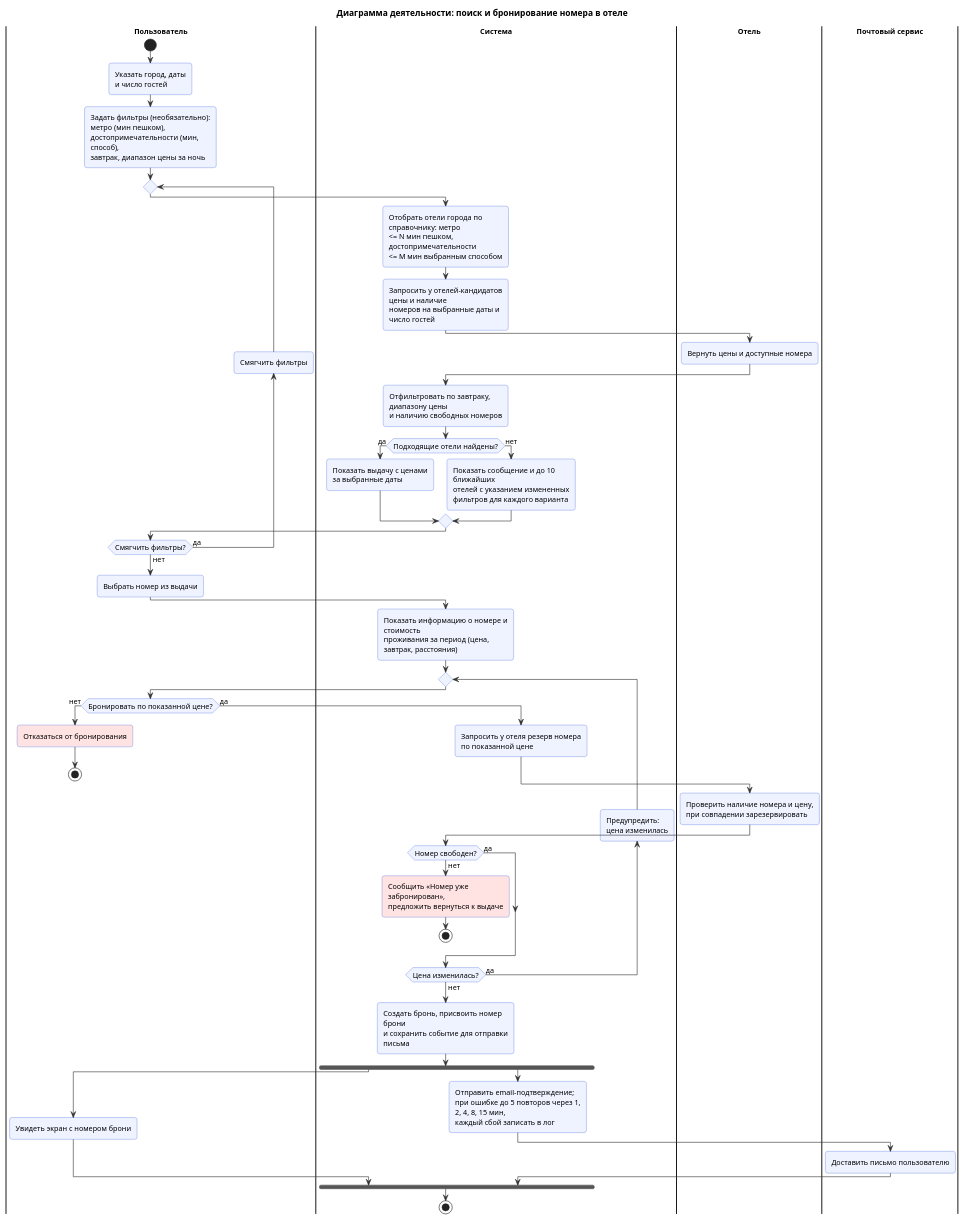
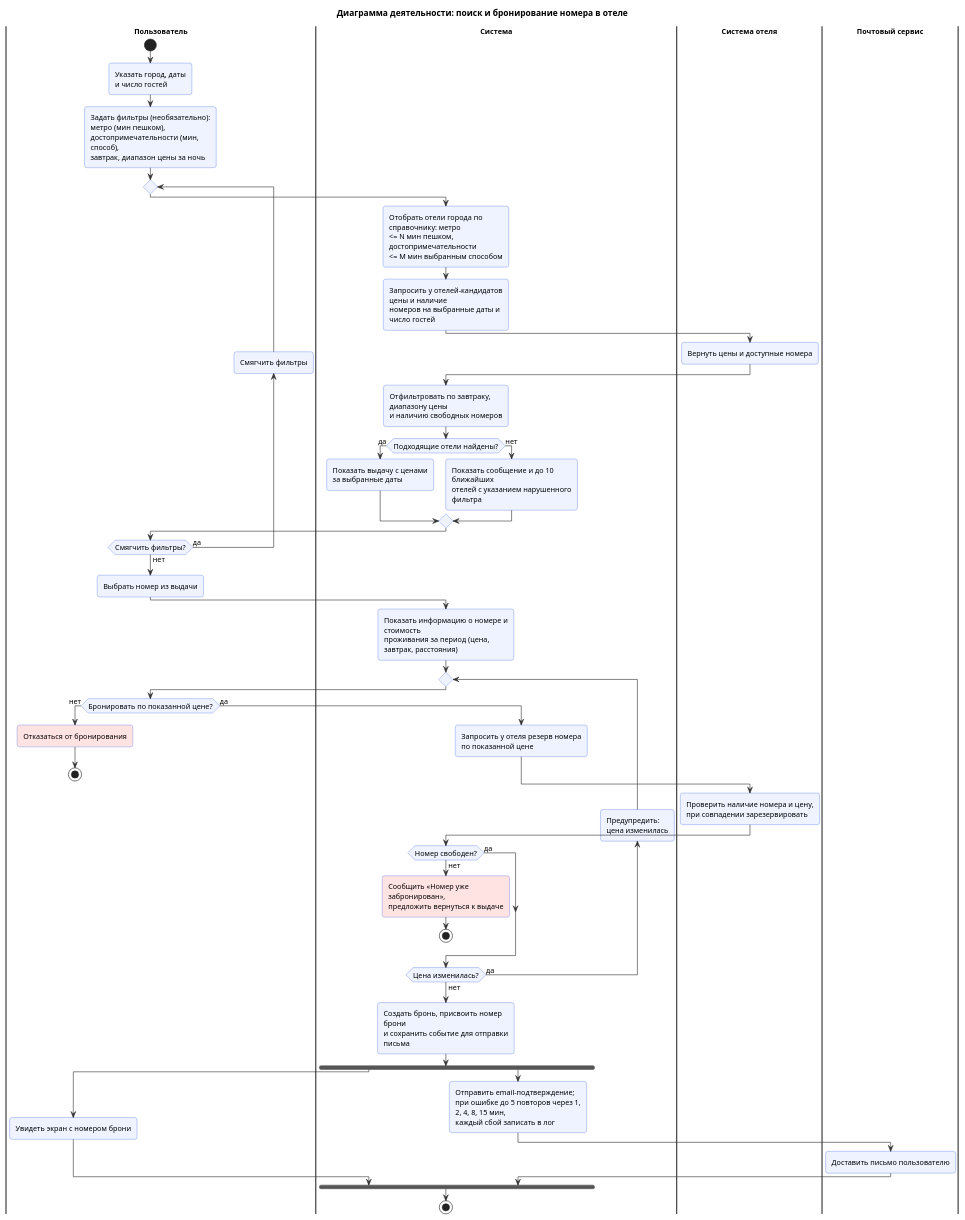
Before and after one commit to Remsely/cu-system-analysis: the diagram in hw2/1_2_activity.puml, drawn with PlantUML. The commit also changed 1 other file, not shown here.

Commit message:
fix: align use case and activity diagrams with each other
- Activity lane "Отель" renamed to "Система отеля" to match the actor.
- Dropped include from room-info view to price check: the card uses
  prices from the search results (freshness <= 5 min per hw1).
- "Смягчить фильтры" no longer limited to empty results, matching the
  activity flow; the note keeps the nearest-hotels behaviour.
- Nearest hotels are shown "с указанием нарушенного фильтра" in both
  diagrams, as in hw1 acceptance criteria.

Claude-Session: https://claude.ai/code/session_01GqxdLWzwTh89iq96gpoYoC

```diff
--- a/hw2/1_2_activity.puml
+++ b/hw2/1_2_activity.puml
@@ -1,77 +1,77 @@
 @startuml
 
 skinparam shadowing false
 skinparam defaultFontSize 12
 skinparam backgroundColor white
 skinparam roundCorner 8
 skinparam ArrowColor #333333
 skinparam wrapWidth 220
 skinparam activity {
   BackgroundColor #EEF3FF
   BorderColor #3B5BDB
 }
 skinparam swimlaneTitleFontStyle bold
 
 title Диаграмма деятельности: поиск и бронирование номера в отеле
 
 |Пользователь|
 start
 :Указать город, даты\nи число гостей;
 
 :Задать фильтры (необязательно): метро (мин пешком),\nдостопримечательности (мин, способ),\nзавтрак, диапазон цены за ночь;
 repeat
   |Система|
   :Отобрать отели города по справочнику: метро\n<= N мин пешком, достопримечательности\n<= M мин выбранным способом;
   :Запросить у отелей-кандидатов цены и наличие\nномеров на выбранные даты и число гостей;
-  |Отель|
+  |Система отеля|
   :Вернуть цены и доступные номера;
   |Система|
   :Отфильтровать по завтраку, диапазону цены\nи наличию свободных номеров;
   if (Подходящие отели найдены?) then (да)
     :Показать выдачу с ценами\nза выбранные даты;
   else (нет)
-    :Показать сообщение и до 10 ближайших\nотелей с указанием измененных фильтров для каждого варианта;
+    :Показать сообщение и до 10 ближайших\nотелей с указанием нарушенного фильтра;
   endif
   |Пользователь|
 backward :Смягчить фильтры;
 repeat while (Смягчить фильтры?) is (да) not (нет)
 
 |Пользователь|
 :Выбрать номер из выдачи;
 |Система|
 :Показать информацию о номере и стоимость\nпроживания за период (цена, завтрак, расстояния);
 repeat
   |Пользователь|
   if (Бронировать по показанной цене?) then (нет)
     #FFE3E3:Отказаться от бронирования;
     stop
   else (да)
     |Система|
     :Запросить у отеля резерв номера\nпо показанной цене;
   endif
-  |Отель|
+  |Система отеля|
   :Проверить наличие номера и цену,\nпри совпадении зарезервировать;
   |Система|
   if (Номер свободен?) then (нет)
     #FFE3E3:Сообщить «Номер уже забронирован»,\nпредложить вернуться к выдаче;
     stop
   else (да)
   endif
 |Система|
 backward :Предупредить:\nцена изменилась;
 repeat while (Цена изменилась?) is (да) not (нет)
 
 :Создать бронь, присвоить номер брони\nи сохранить событие для отправки письма;
 fork
   |Пользователь|
   :Увидеть экран с номером брони;
 fork again
   |Система|
   :Отправить email-подтверждение;\nпри ошибке до 5 повторов через 1, 2, 4, 8, 15 мин,\nкаждый сбой записать в лог;
   |Почтовый сервис|
   :Доставить письмо пользователю;
   |Система|
 end fork
 stop
 
 @enduml
```
